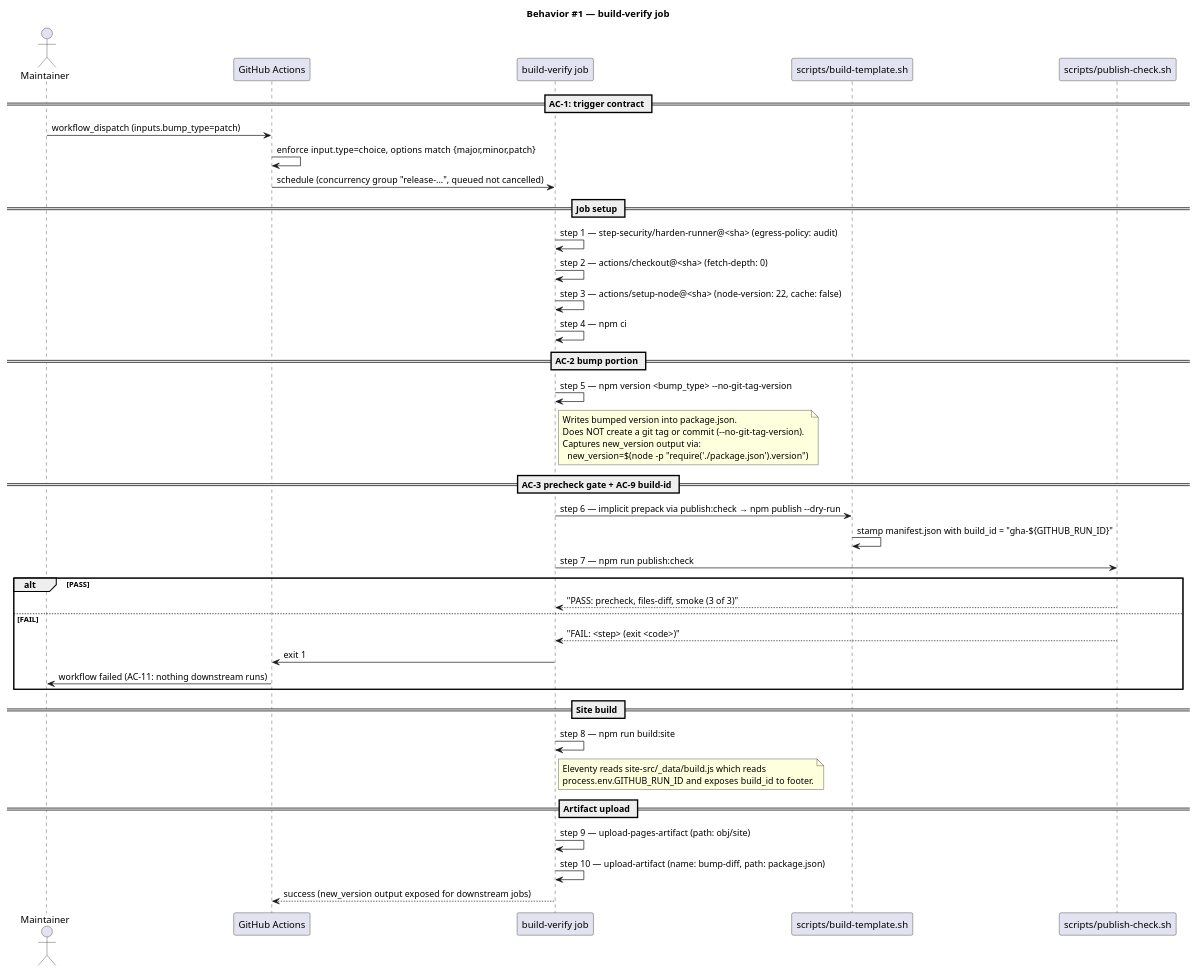
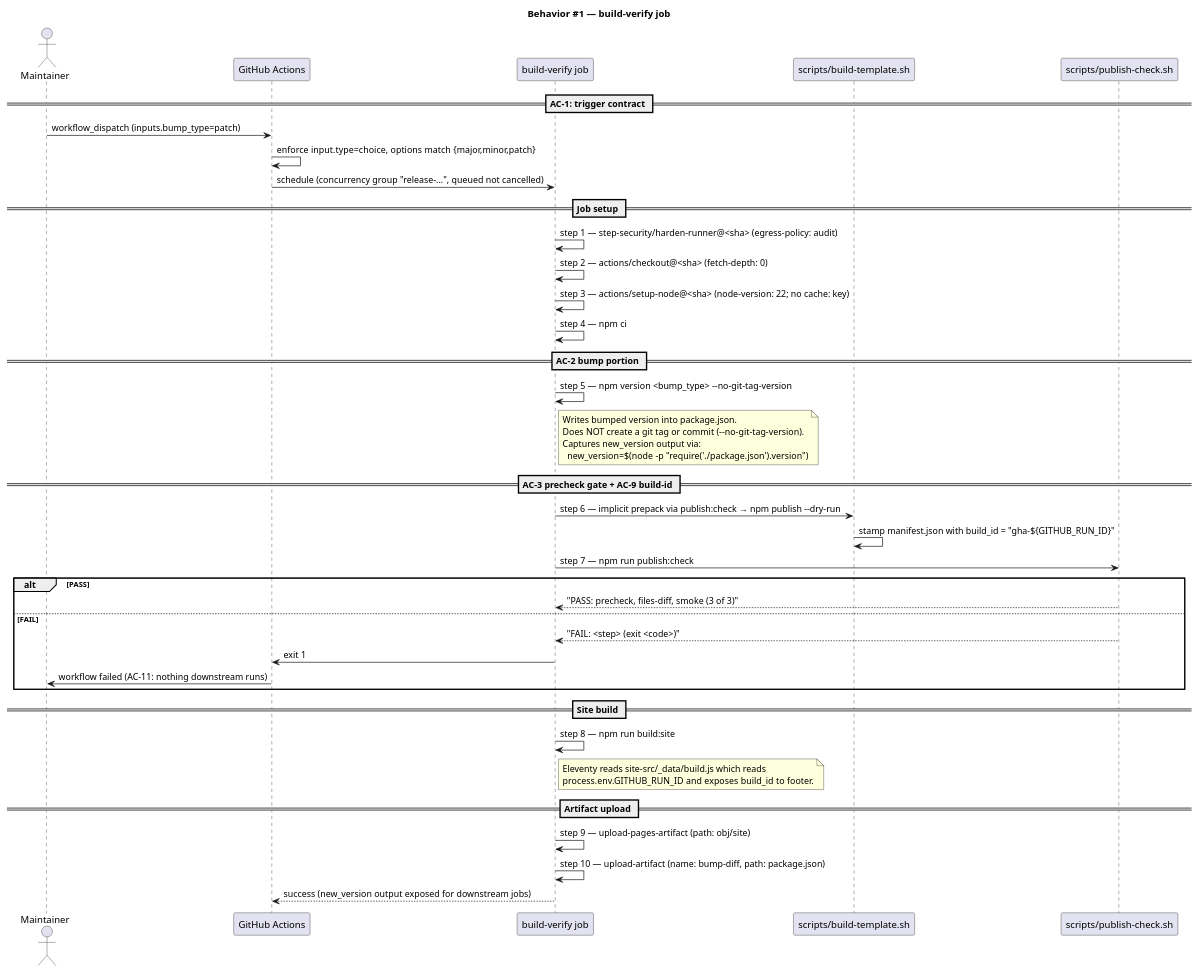
The fifth of 12 diagrams in docs/specs/release-workflow.md (friedbotstudio/baseline), drawn with PlantUML before and after one commit. The commit also changed other lines of this file and 6 other files, not shown here.

First line of the commit message:
fix(release-workflow): correct AC-006/AC-011/AC-013 — cache:false fatal + missing build-verify needs edge

````diff
--- a/docs/specs/release-workflow.md
+++ b/docs/specs/release-workflow.md
@@ -172,54 +175,54 @@
 ```plantuml
 @startuml
 title Behavior #1 — build-verify job
 actor Maintainer
 participant "GitHub Actions" as GHA
 participant "build-verify job" as BV
 participant "scripts/build-template.sh" as BUILD
 participant "scripts/publish-check.sh" as PC
 
 == AC-1: trigger contract ==
 Maintainer -> GHA : workflow_dispatch (inputs.bump_type=patch)
 GHA -> GHA : enforce input.type=choice, options match {major,minor,patch}
 GHA -> BV : schedule (concurrency group "release-...", queued not cancelled)
 
 == Job setup ==
 BV -> BV : step 1 — step-security/harden-runner@<sha> (egress-policy: audit)
 BV -> BV : step 2 — actions/checkout@<sha> (fetch-depth: 0)
-BV -> BV : step 3 — actions/setup-node@<sha> (node-version: 22, cache: false)
+BV -> BV : step 3 — actions/setup-node@<sha> (node-version: 22; no cache: key)
 BV -> BV : step 4 — npm ci
 
 == AC-2 bump portion ==
 BV -> BV : step 5 — npm version <bump_type> --no-git-tag-version
 note right of BV
   Writes bumped version into package.json.
   Does NOT create a git tag or commit (--no-git-tag-version).
   Captures new_version output via:
     new_version=$(node -p "require('./package.json').version")
 end note
 
 == AC-3 precheck gate + AC-9 build-id ==
 BV -> BUILD : step 6 — implicit prepack via publish:check → npm publish --dry-run
 BUILD -> BUILD : stamp manifest.json with build_id = "gha-${GITHUB_RUN_ID}"
 BV -> PC : step 7 — npm run publish:check
 alt PASS
   PC --> BV : "PASS: precheck, files-diff, smoke (3 of 3)"
 else FAIL
   PC --> BV : "FAIL: <step> (exit <code>)"
   BV -> GHA : exit 1
   GHA -> Maintainer : workflow failed (AC-11: nothing downstream runs)
 end
 
 == Site build ==
 BV -> BV : step 8 — npm run build:site
 note right of BV
   Eleventy reads site-src/_data/build.js which reads
   process.env.GITHUB_RUN_ID and exposes build_id to footer.
 end note
 
 == Artifact upload ==
 BV -> BV : step 9 — upload-pages-artifact (path: obj/site)
 BV -> BV : step 10 — upload-artifact (name: bump-diff, path: package.json)
 BV --> GHA : success (new_version output exposed for downstream jobs)
 @enduml
 ```
````
